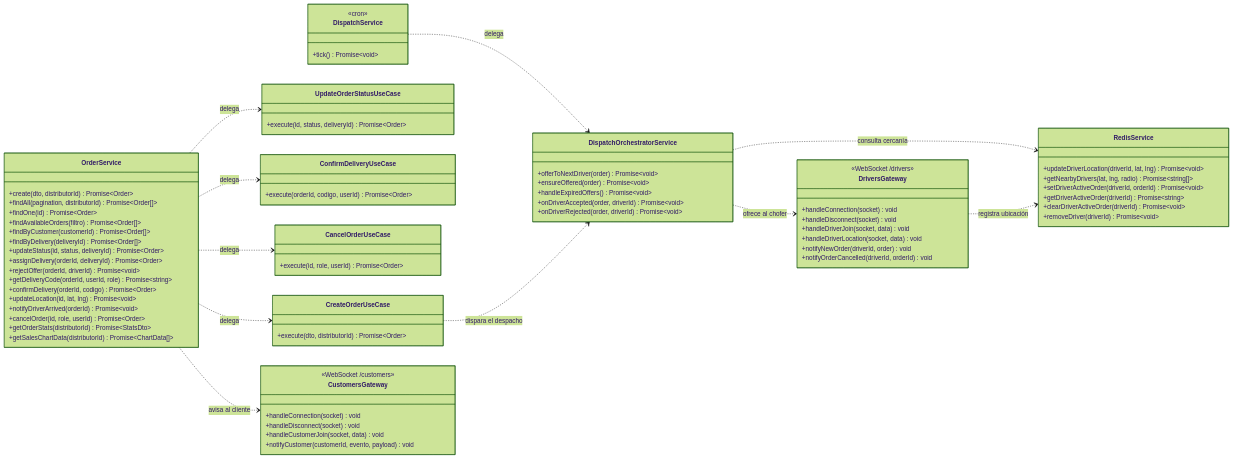
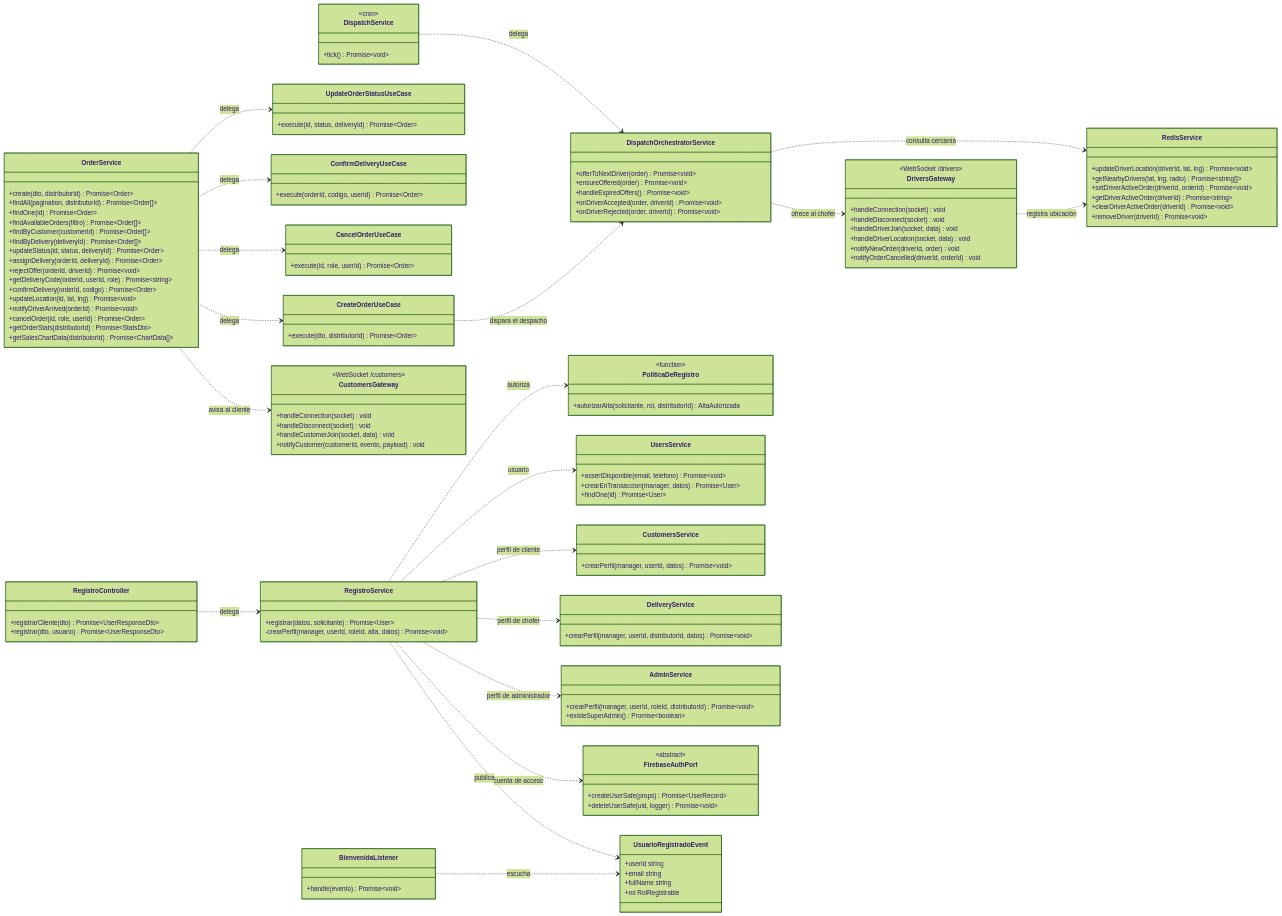
One commit to Nahuelito-Dev/splg-docs changed the diagram in diagramas/lucidchart/SPLG-clases-servicios.mmd. Above: the diagram before and after it, drawn with Mermaid (forest theme). The commit also changed 47 other files, not shown here.

```diff
--- a/diagramas/lucidchart/SPLG-clases-servicios.mmd
+++ b/diagramas/lucidchart/SPLG-clases-servicios.mmd
@@ -1,86 +1,139 @@
 classDiagram
     direction LR
 
     class OrderService {
         +create(dto, distributorId) Promise~Order~
         +findAll(pagination, distributorId) Promise~Order[]~
         +findOne(id) Promise~Order~
         +findAvailableOrders(filtro) Promise~Order[]~
         +findByCustomer(customerId) Promise~Order[]~
         +findByDelivery(deliveryId) Promise~Order[]~
         +updateStatus(id, status, deliveryId) Promise~Order~
         +assignDelivery(orderId, deliveryId) Promise~Order~
         +rejectOffer(orderId, driverId) Promise~void~
         +getDeliveryCode(orderId, userId, role) Promise~string~
         +confirmDelivery(orderId, codigo) Promise~Order~
         +updateLocation(id, lat, lng) Promise~void~
         +notifyDriverArrived(orderId) Promise~void~
         +cancelOrder(id, role, userId) Promise~Order~
         +getOrderStats(distributorId) Promise~StatsDto~
         +getSalesChartData(distributorId) Promise~ChartData[]~
     }
 
     class CreateOrderUseCase {
         +execute(dto, distributorId) Promise~Order~
     }
     class UpdateOrderStatusUseCase {
         +execute(id, status, deliveryId) Promise~Order~
     }
     class ConfirmDeliveryUseCase {
         +execute(orderId, codigo, userId) Promise~Order~
     }
     class CancelOrderUseCase {
         +execute(id, role, userId) Promise~Order~
     }
 
     class DispatchService {
         <<cron>>
         +tick() Promise~void~
     }
 
     class DispatchOrchestratorService {
         +offerToNextDriver(order) Promise~void~
         +ensureOffered(order) Promise~void~
         +handleExpiredOffers() Promise~void~
         +onDriverAccepted(order, driverId) Promise~void~
         +onDriverRejected(order, driverId) Promise~void~
     }
 
     class RedisService {
         +updateDriverLocation(driverId, lat, lng) Promise~void~
         +getNearbyDrivers(lat, lng, radio) Promise~string[]~
         +setDriverActiveOrder(driverId, orderId) Promise~void~
         +getDriverActiveOrder(driverId) Promise~string~
         +clearDriverActiveOrder(driverId) Promise~void~
         +removeDriver(driverId) Promise~void~
     }
 
     class DriversGateway {
         <<WebSocket /drivers>>
         +handleConnection(socket) void
         +handleDisconnect(socket) void
         +handleDriverJoin(socket, data) void
         +handleDriverLocation(socket, data) void
         +notifyNewOrder(driverId, order) void
         +notifyOrderCancelled(driverId, orderId) void
     }
 
     class CustomersGateway {
         <<WebSocket /customers>>
         +handleConnection(socket) void
         +handleDisconnect(socket) void
         +handleCustomerJoin(socket, data) void
         +notifyCustomer(customerId, evento, payload) void
     }
 
+
+    class RegistroController {
+        +registrarCliente(dto) Promise~UserResponseDto~
+        +registrar(dto, usuario) Promise~UserResponseDto~
+    }
+    class RegistroService {
+        +registrar(datos, solicitante) Promise~User~
+        -crearPerfil(manager, userId, roleId, alta, datos) Promise~void~
+    }
+    class PoliticaDeRegistro {
+        <<function>>
+        +autorizarAlta(solicitante, rol, distributorId) AltaAutorizada
+    }
+    class UsersService {
+        +assertDisponible(email, telefono) Promise~void~
+        +crearEnTransaccion(manager, datos) Promise~User~
+        +findOne(id) Promise~User~
+    }
+    class CustomersService {
+        +crearPerfil(manager, userId, datos) Promise~void~
+    }
+    class DeliveryService {
+        +crearPerfil(manager, userId, distributorId, datos) Promise~void~
+    }
+    class AdminService {
+        +crearPerfil(manager, userId, roleId, distributorId) Promise~void~
+        +existeSuperAdmin() Promise~boolean~
+    }
+    class FirebaseAuthPort {
+        <<abstract>>
+        +createUserSafe(props) Promise~UserRecord~
+        +deleteUserSafe(uid, logger) Promise~void~
+    }
+    class UsuarioRegistradoEvent {
+        +userId string
+        +email string
+        +fullName string
+        +rol RolRegistrable
+    }
+    class BienvenidaListener {
+        +handle(evento) Promise~void~
+    }
+
     OrderService ..> CreateOrderUseCase : delega
     OrderService ..> UpdateOrderStatusUseCase : delega
     OrderService ..> ConfirmDeliveryUseCase : delega
     OrderService ..> CancelOrderUseCase : delega
     OrderService ..> CustomersGateway : avisa al cliente
 
     DispatchService ..> DispatchOrchestratorService : delega
     DispatchOrchestratorService ..> RedisService : consulta cercanía
     DispatchOrchestratorService ..> DriversGateway : ofrece al chofer
     CreateOrderUseCase ..> DispatchOrchestratorService : dispara el despacho
     DriversGateway ..> RedisService : registra ubicación
+
+    RegistroController ..> RegistroService : delega
+    RegistroService ..> PoliticaDeRegistro : autoriza
+    RegistroService ..> UsersService : usuario
+    RegistroService ..> CustomersService : perfil de cliente
+    RegistroService ..> DeliveryService : perfil de chofer
+    RegistroService ..> AdminService : perfil de administrador
+    RegistroService ..> FirebaseAuthPort : cuenta de acceso
+    RegistroService ..> UsuarioRegistradoEvent : publica
+    BienvenidaListener ..> UsuarioRegistradoEvent : escucha
```
